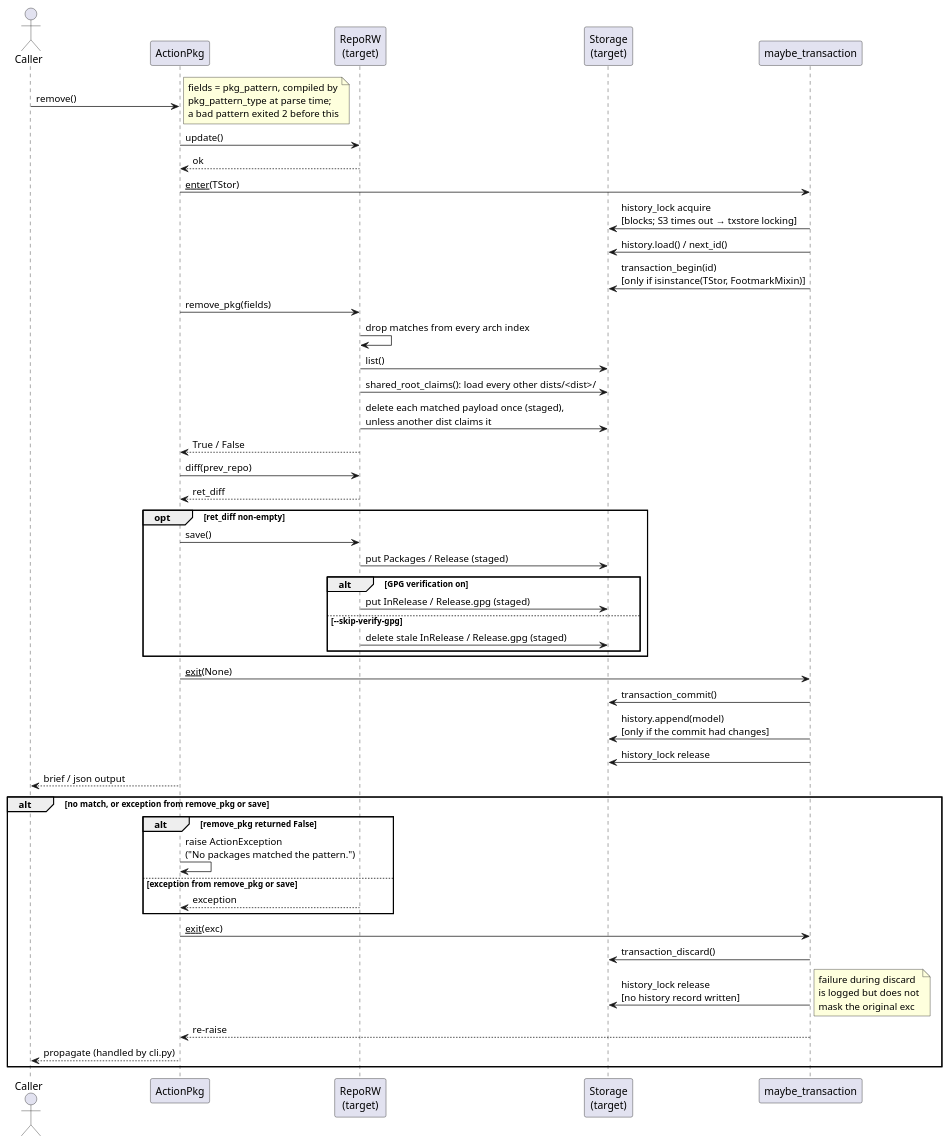
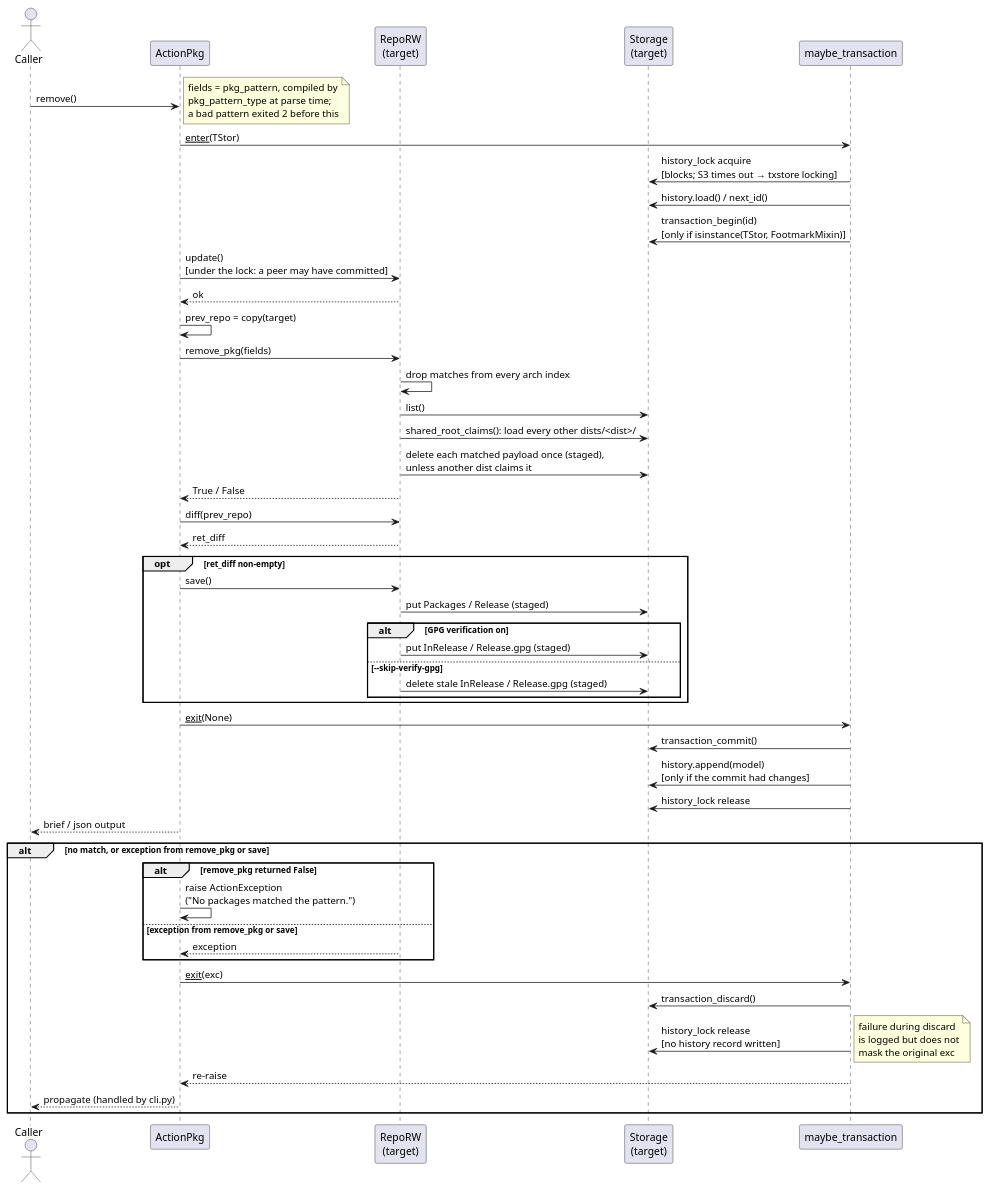
One commit to vinklat/debkit changed the diagram in docs/development/diagrams/action-pkg-remove-sequence.puml. Above: the diagram before and after it, drawn with PlantUML. The commit also changed 12 other files, not shown here.

First line of the commit message:
Load the insert and remove target under the transaction lock

```diff
--- a/docs/development/diagrams/action-pkg-remove-sequence.puml
+++ b/docs/development/diagrams/action-pkg-remove-sequence.puml
@@ -1,61 +1,62 @@
 @startuml
 actor Caller
 participant ActionPkg
 participant "RepoRW\n(target)" as Tgt
 participant "Storage\n(target)" as TStor
 participant "maybe_transaction" as CM
 
 Caller -> ActionPkg: remove()
 note right
   fields = pkg_pattern, compiled by
   pkg_pattern_type at parse time;
   a bad pattern exited 2 before this
 end note
 
-ActionPkg -> Tgt: update()
-Tgt --> ActionPkg: ok
-
 ActionPkg -> CM: __enter__(TStor)
 CM -> TStor: history_lock acquire\n[blocks; S3 times out → txstore locking]
 CM -> TStor: history.load() / next_id()
 CM -> TStor: transaction_begin(id)\n[only if isinstance(TStor, FootmarkMixin)]
+
+ActionPkg -> Tgt: update()\n[under the lock: a peer may have committed]
+Tgt --> ActionPkg: ok
+ActionPkg -> ActionPkg: prev_repo = copy(target)
 
 ActionPkg -> Tgt: remove_pkg(fields)
 Tgt -> Tgt: drop matches from every arch index
 Tgt -> TStor: list()
 Tgt -> TStor: shared_root_claims(): load every other dists/<dist>/
 Tgt -> TStor: delete each matched payload once (staged),\nunless another dist claims it
 Tgt --> ActionPkg: True / False
 ActionPkg -> Tgt: diff(prev_repo)
 Tgt --> ActionPkg: ret_diff
 opt ret_diff non-empty
   ActionPkg -> Tgt: save()
   Tgt -> TStor: put Packages / Release (staged)
   alt GPG verification on
     Tgt -> TStor: put InRelease / Release.gpg (staged)
   else --skip-verify-gpg
     Tgt -> TStor: delete stale InRelease / Release.gpg (staged)
   end
 end
 
 ActionPkg -> CM: __exit__(None)
 CM -> TStor: transaction_commit()
 CM -> TStor: history.append(model)\n[only if the commit had changes]
 CM -> TStor: history_lock release
 
 ActionPkg --> Caller: brief / json output
 
 alt no match, or exception from remove_pkg or save
   alt remove_pkg returned False
     ActionPkg -> ActionPkg: raise ActionException\n("No packages matched the pattern.")
   else exception from remove_pkg or save
     Tgt --> ActionPkg: exception
   end
   ActionPkg -> CM: __exit__(exc)
   CM -> TStor: transaction_discard()
   CM -> TStor: history_lock release\n[no history record written]
   note right: failure during discard\nis logged but does not\nmask the original exc
   CM --> ActionPkg: re-raise
   ActionPkg --> Caller: propagate (handled by cli.py)
 end
 @enduml
```
